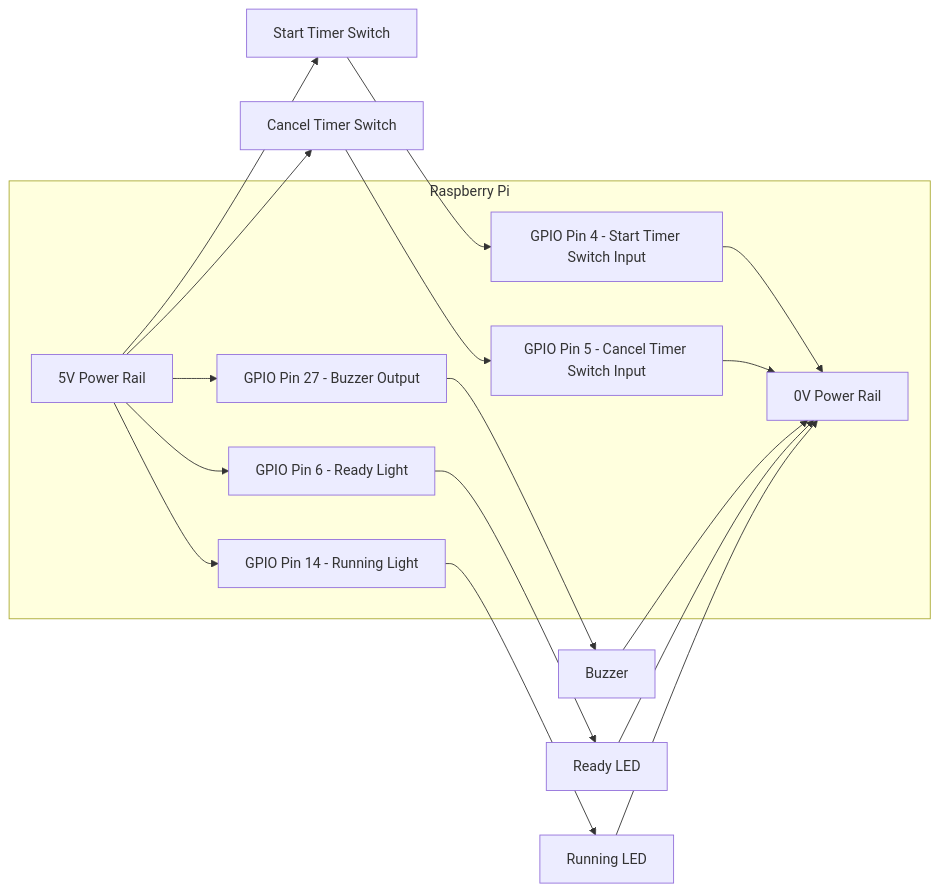
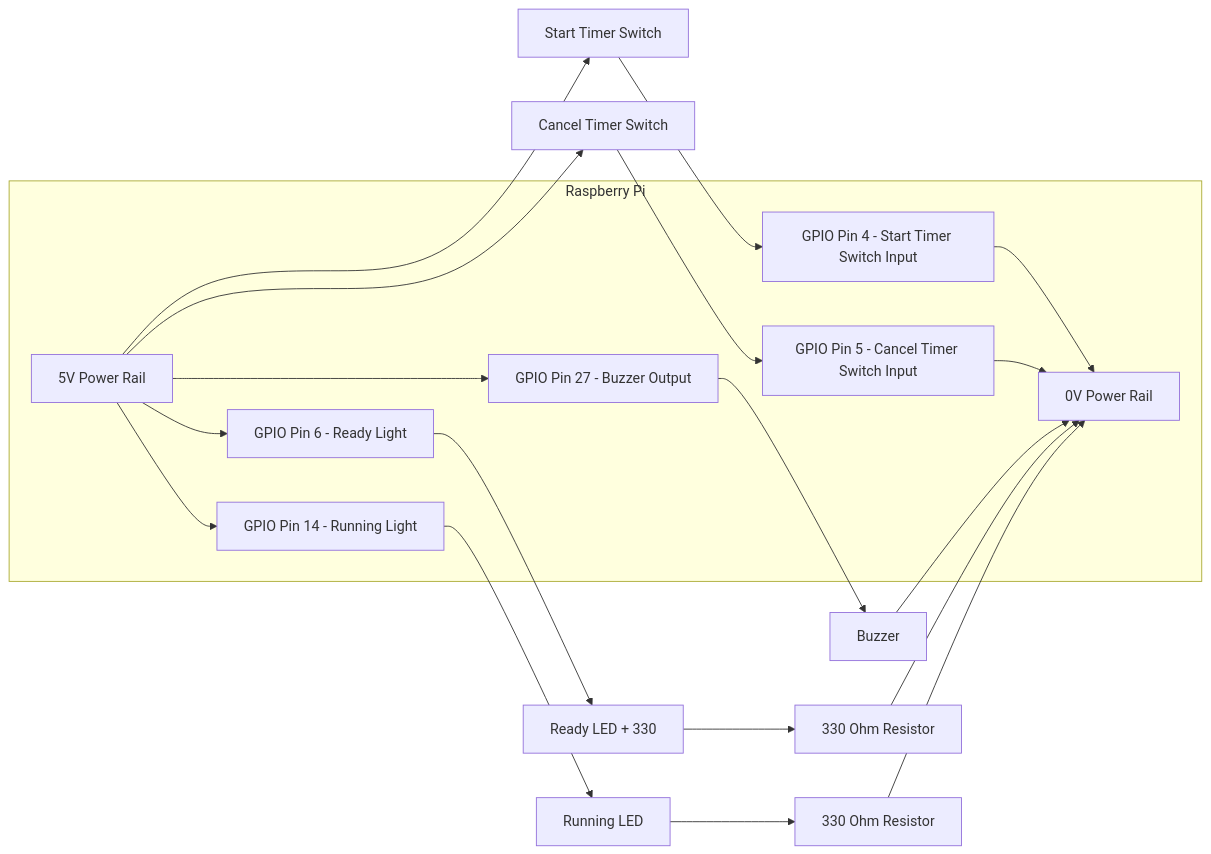
The diagram in Timer/Hardware.md (AntonyM71/AEMS), drawn with Mermaid before and after one commit. The commit also changed other lines of this file, not shown here.

Commit message:
Update wiring diagram

````diff
--- a/Timer/Hardware.md
+++ b/Timer/Hardware.md
@@ -20,31 +20,33 @@
 ```mermaid
 graph LR
     subgraph RaspberryPi[Raspberry Pi]
         GPIO3[GPIO Pin 4 - Start Timer Switch Input]
         GPIO4[GPIO Pin 5 - Cancel Timer Switch Input]
         GPIO27[GPIO Pin 27 - Buzzer Output]
         GPIO6[GPIO Pin 6 - Ready Light]
         GPIO14[GPIO Pin 14 - Running Light]
         PowerRail5V[5V Power Rail]
         Ground[0V Power Rail]
     end
 
     PowerRail5V[5V Power Rail] -->  Switch1[Start Timer Switch]
     PowerRail5V --> Switch2[Cancel Timer Switch]
     PowerRail5V --> GPIO27
     PowerRail5V --> GPIO6
     PowerRail5V --> GPIO14
 
     Switch1[Start Timer Switch] -->  GPIO3
     Switch2[Cancel Timer Switch] --> GPIO4
     GPIO27 --> Buzzer[Buzzer]
-    GPIO6 --> ReadyLED[Ready LED]
+    GPIO6 --> ReadyLED[Ready LED + 330]
     GPIO14 --> RunningLED[Running LED]
     GPIO3 --> Ground
     GPIO4 --> Ground
     Buzzer --> Ground
-    ReadyLED --> Ground
-    RunningLED --> Ground
+    ReadyLED --> R1[330 Ohm Resistor]
+    RunningLED --> R2[330 Ohm Resistor]
+    R1 --> Ground
+    R2 --> Ground
 
 
 ```
````
